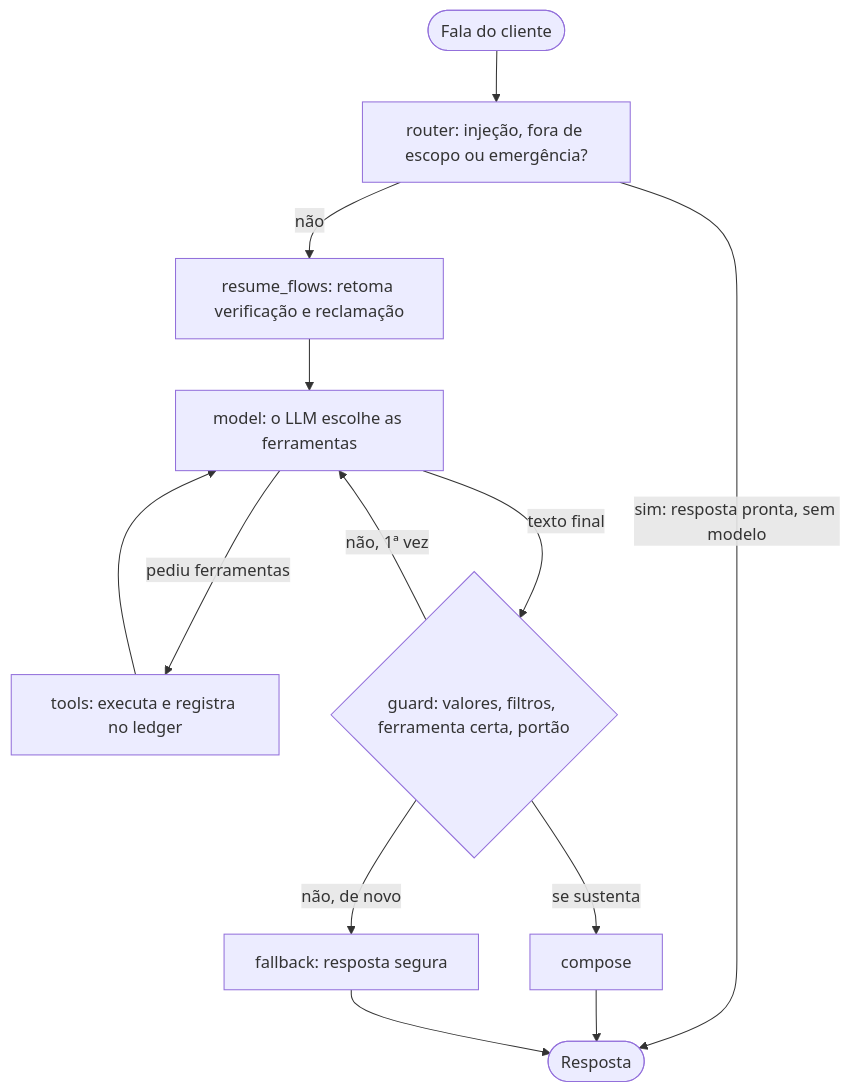
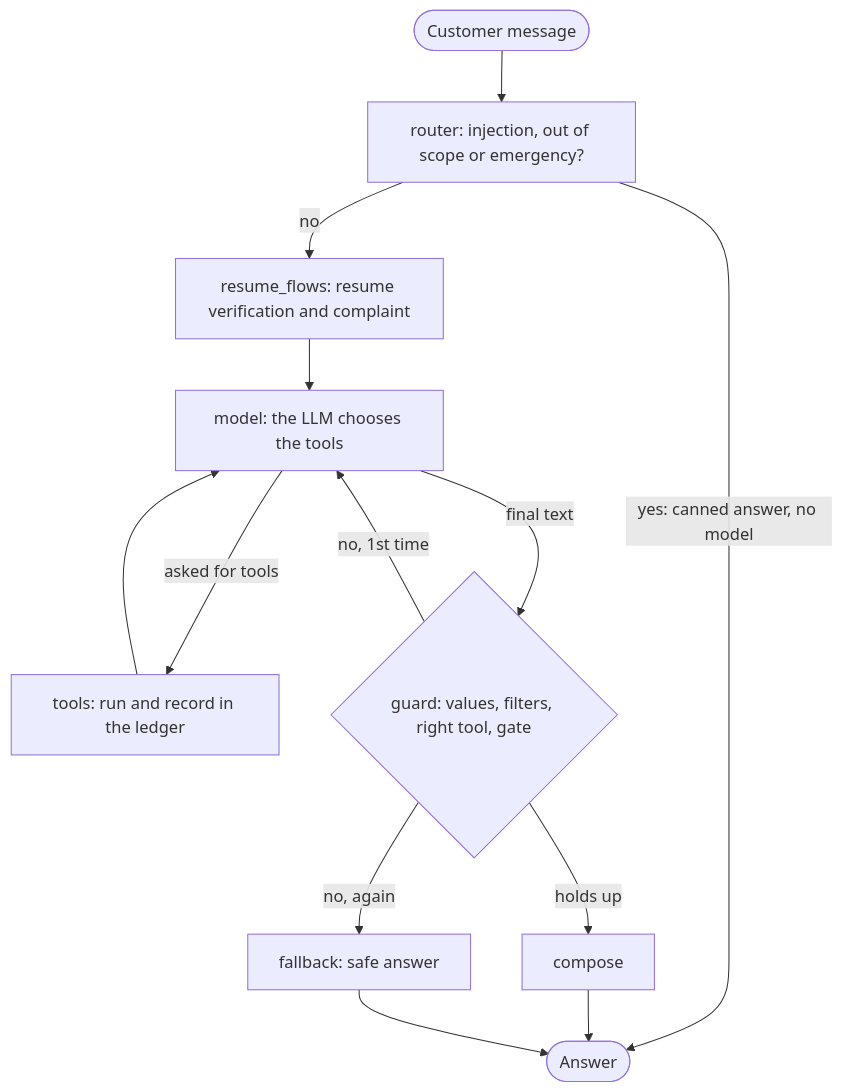
The third of 6 diagrams in README.md (oericdacosta/emporio-assistant), drawn with Mermaid before and after one commit. The commit also changed other lines of this file and 16 other files, not shown here.

````diff
--- a/README.md
+++ b/README.md
@@ -210,15 +214,15 @@
 ```mermaid
 flowchart TD
-    START(["Fala do cliente"]) --> R["router: injeção, fora de escopo ou emergência?"]
-    R -->|"sim: resposta pronta, sem modelo"| FIM(["Resposta"])
-    R -->|"não"| RF["resume_flows: retoma verificação e reclamação"]
-    RF --> M["model: o LLM escolhe as ferramentas"]
-    M -->|"pediu ferramentas"| T["tools: executa e registra no ledger"]
+    START(["Customer message"]) --> R["router: injection, out of scope or emergency?"]
+    R -->|"yes: canned answer, no model"| FIM(["Answer"])
+    R -->|"no"| RF["resume_flows: resume verification and complaint"]
+    RF --> M["model: the LLM chooses the tools"]
+    M -->|"asked for tools"| T["tools: run and record in the ledger"]
     T --> M
-    M -->|"texto final"| G{"guard: valores, filtros, ferramenta certa, portão"}
-    G -->|"se sustenta"| C["compose"]
+    M -->|"final text"| G{"guard: values, filters, right tool, gate"}
+    G -->|"holds up"| C["compose"]
     C --> FIM
-    G -->|"não, 1ª vez"| M
-    G -->|"não, de novo"| FB["fallback: resposta segura"]
+    G -->|"no, 1st time"| M
+    G -->|"no, again"| FB["fallback: safe answer"]
     FB --> FIM
 ```
````
